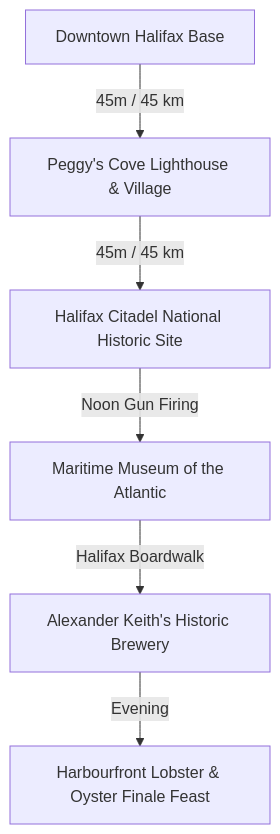
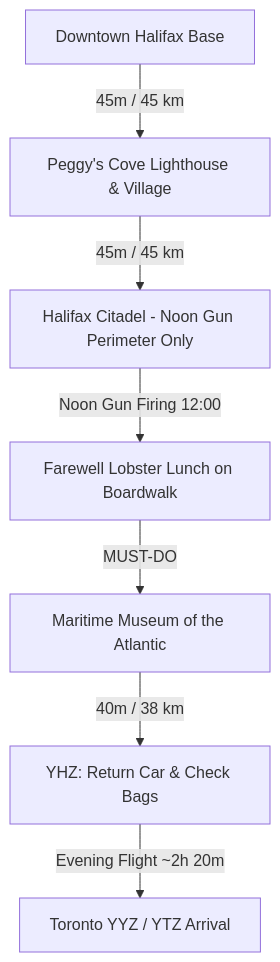
One commit to iammzz/novascotia-2026 changed the diagram in docs/day5_halifax_peggys_cove.md. Above: the diagram before and after it, drawn with Mermaid. The commit also changed other lines of this file and 10 other files, not shown here.

First line of the commit message:
Trim trip to 5-Day core with Day 5 (Wed Oct 14) evening return flight to Toronto

````diff
--- a/docs/day5_halifax_peggys_cove.md
+++ b/docs/day5_halifax_peggys_cove.md
@@ -29,8 +34,9 @@
 ```mermaid
 graph TD
     A[Downtown Halifax Base] -->|45m / 45 km| B[Peggy's Cove Lighthouse & Village]
-    B -->|45m / 45 km| C[Halifax Citadel National Historic Site]
-    C -->|Noon Gun Firing| D[Maritime Museum of the Atlantic]
-    D -->|Halifax Boardwalk| E[Alexander Keith's Historic Brewery]
-    E -->|Evening| F[Harbourfront Lobster & Oyster Finale Feast]
+    B -->|45m / 45 km| C[Halifax Citadel - Noon Gun Perimeter Only]
+    C -->|Noon Gun Firing 12:00| D[Farewell Lobster Lunch on Boardwalk]
+    D -->|MUST-DO| E[Maritime Museum of the Atlantic]
+    E -->|40m / 38 km| F[YHZ: Return Car & Check Bags]
+    F -->|Evening Flight ~2h 20m| G[Toronto YYZ / YTZ Arrival]
 ```
````
